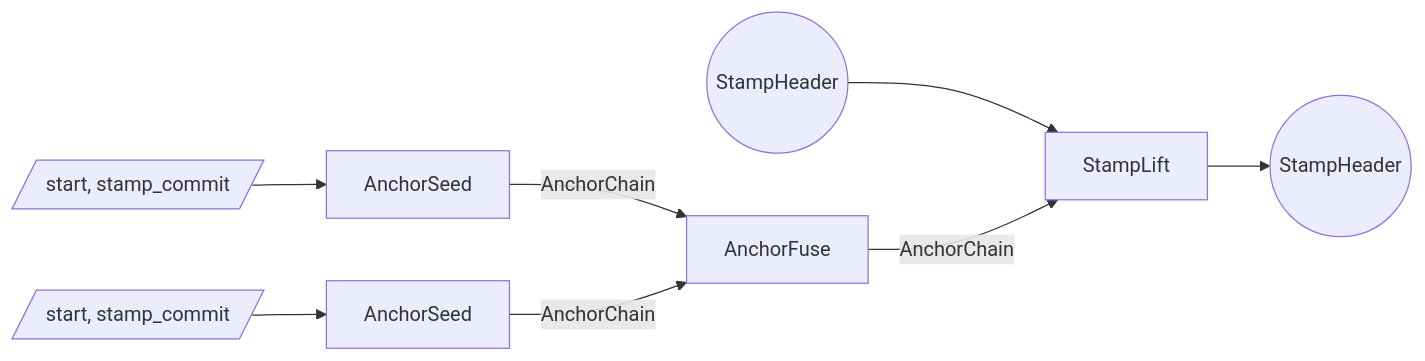
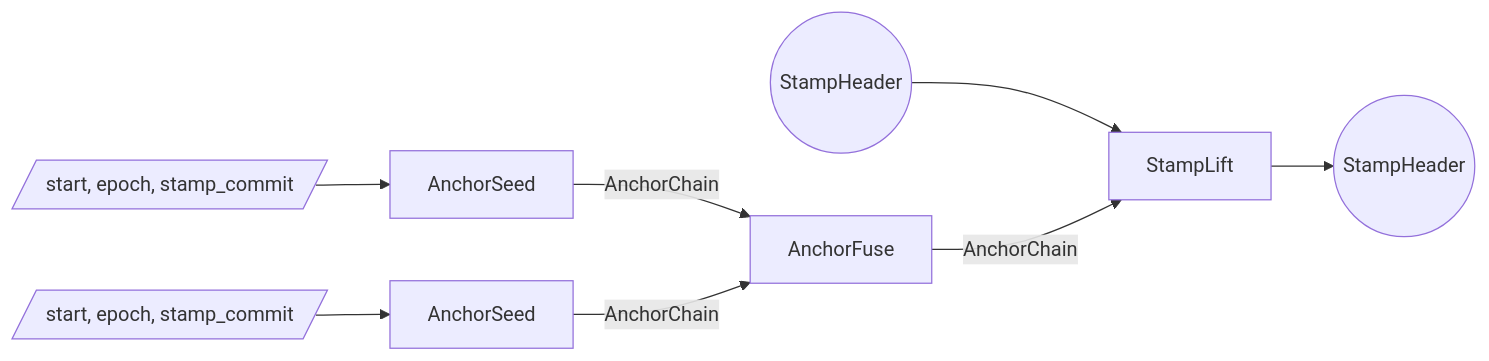
One commit to tachyon-zcash/tachyon changed the second of 3 diagrams in book/src/proof-tree.md. Above: the diagram before and after it, drawn with Mermaid. The commit also changed other lines of this file and 2 other files, not shown here.

````diff
--- a/book/src/proof-tree.md
+++ b/book/src/proof-tree.md
@@ -309,19 +309,19 @@
 ```mermaid
 flowchart LR
   sh_in((StampHeader))
-  w_seed[/start, stamp_commit/]
+  w_seed[/start, epoch, stamp_commit/]
   s_seed[AnchorSeed]
-  w_next[/start, stamp_commit/]
+  w_next[/start, epoch, stamp_commit/]
   s_next[AnchorSeed]
   s_fuse[AnchorFuse]
   s_lift[StampLift]
   sh_out((StampHeader))
 
   w_seed --> s_seed
   w_next --> s_next
   s_seed -->|AnchorChain| s_fuse
   s_next -->|AnchorChain| s_fuse
   sh_in --> s_lift
   s_fuse -->|AnchorChain| s_lift
   s_lift --> sh_out
 ```
````
